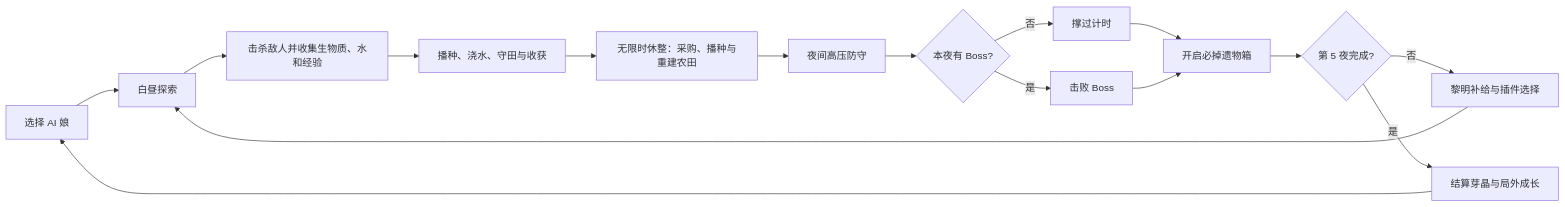
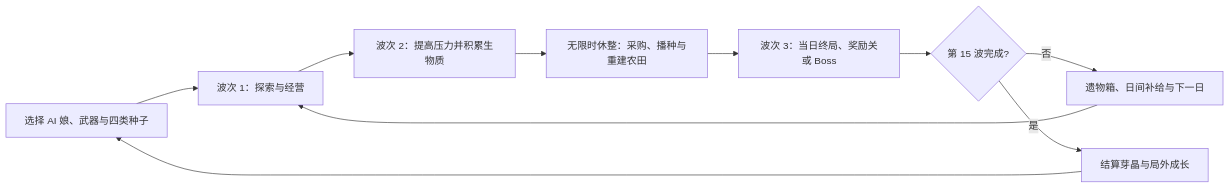
One commit to CJ-Dzz/D02 changed the diagram in wildroot/GAME_DESIGN_DOCUMENT.md. Above: the diagram before and after it, drawn with Mermaid. The commit also changed other lines of this file and 5 other files, not shown here.

````diff
--- a/wildroot/GAME_DESIGN_DOCUMENT.md
+++ b/wildroot/GAME_DESIGN_DOCUMENT.md
@@ -31,18 +31,12 @@
 ```mermaid
 flowchart LR
-    A[选择 AI 娘] --> B[白昼探索]
-    B --> C[击杀敌人并收集生物质、水和经验]
-    C --> D[播种、浇水、守田与收获]
-    D --> R[无限时休整：采购、播种与重建农田]
-    R --> E[夜间高压防守]
-    E --> F{本夜有 Boss?}
-    F -- 否 --> G[撑过计时]
-    F -- 是 --> H[击败 Boss]
-    G --> I[开启必掉遗物箱]
-    H --> I
-    I --> J{第 5 夜完成?}
-    J -- 否 --> K[黎明补给与插件选择]
-    K --> B
-    J -- 是 --> L[结算芽晶与局外成长]
+    A[选择 AI 娘、武器与四类种子] --> B[波次 1：探索与经营]
+    B --> C[波次 2：提高压力并积累生物质]
+    C --> R[无限时休整：采购、播种与重建农田]
+    R --> E[波次 3：当日终局、奖励关或 Boss]
+    E --> F{第 15 波完成?}
+    F -- 否 --> G[遗物箱、日间补给与下一日]
+    G --> B
+    F -- 是 --> L[结算芽晶与局外成长]
     L --> A
 ```
````
